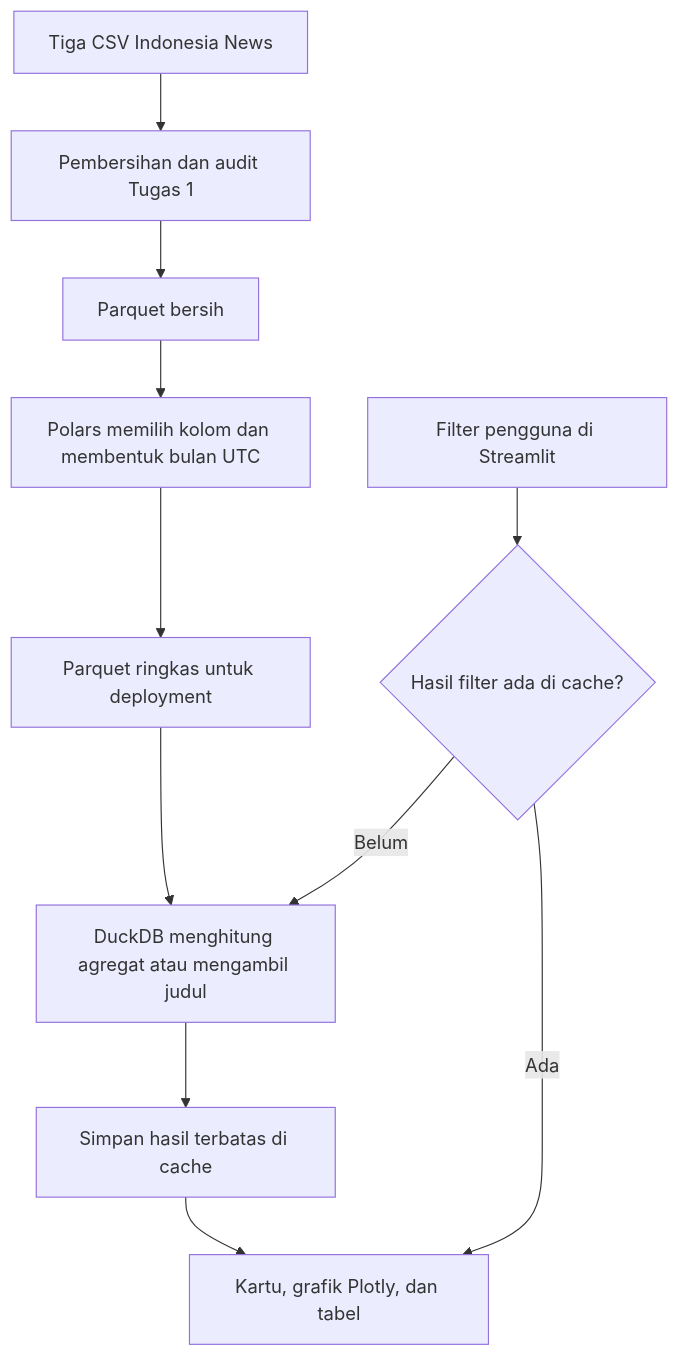
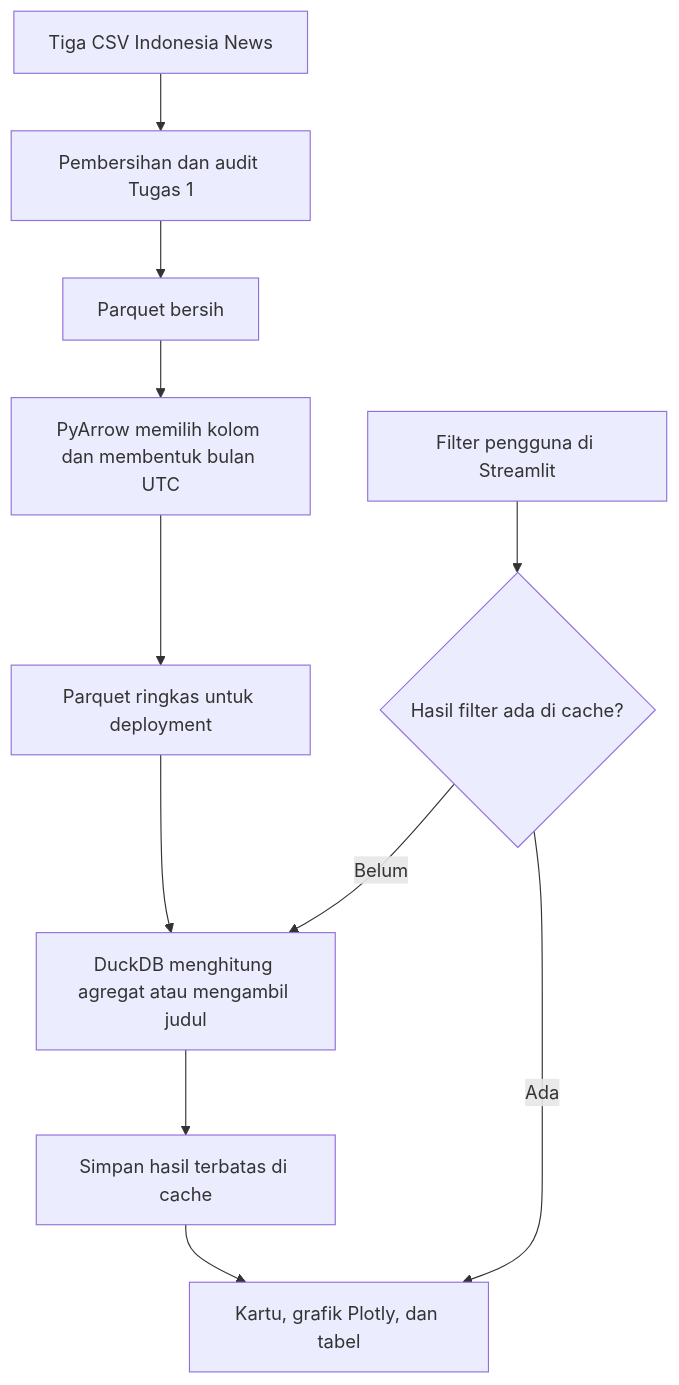
Before and after one commit to Falz4i/tugas2-abd-2026: the diagram in docs/architecture.md, drawn with Mermaid. The commit also changed other lines of this file and 4 other files, not shown here.

````diff
--- a/docs/architecture.md
+++ b/docs/architecture.md
@@ -30,13 +30,13 @@
 ```mermaid
 flowchart TD
     A["Tiga CSV Indonesia News"] --> B["Pembersihan dan audit Tugas 1"]
     B --> C["Parquet bersih"]
-    C --> D["Polars memilih kolom dan membentuk bulan UTC"]
+    C --> D["PyArrow memilih kolom dan membentuk bulan UTC"]
     D --> E["Parquet ringkas untuk deployment"]
     F["Filter pengguna di Streamlit"] --> G{"Hasil filter ada di cache?"}
     G -->|Belum| H["DuckDB menghitung agregat atau mengambil judul"]
     E --> H
     H --> I["Simpan hasil terbatas di cache"]
     I --> J["Kartu, grafik Plotly, dan tabel"]
     G -->|Ada| J
 ```
````
